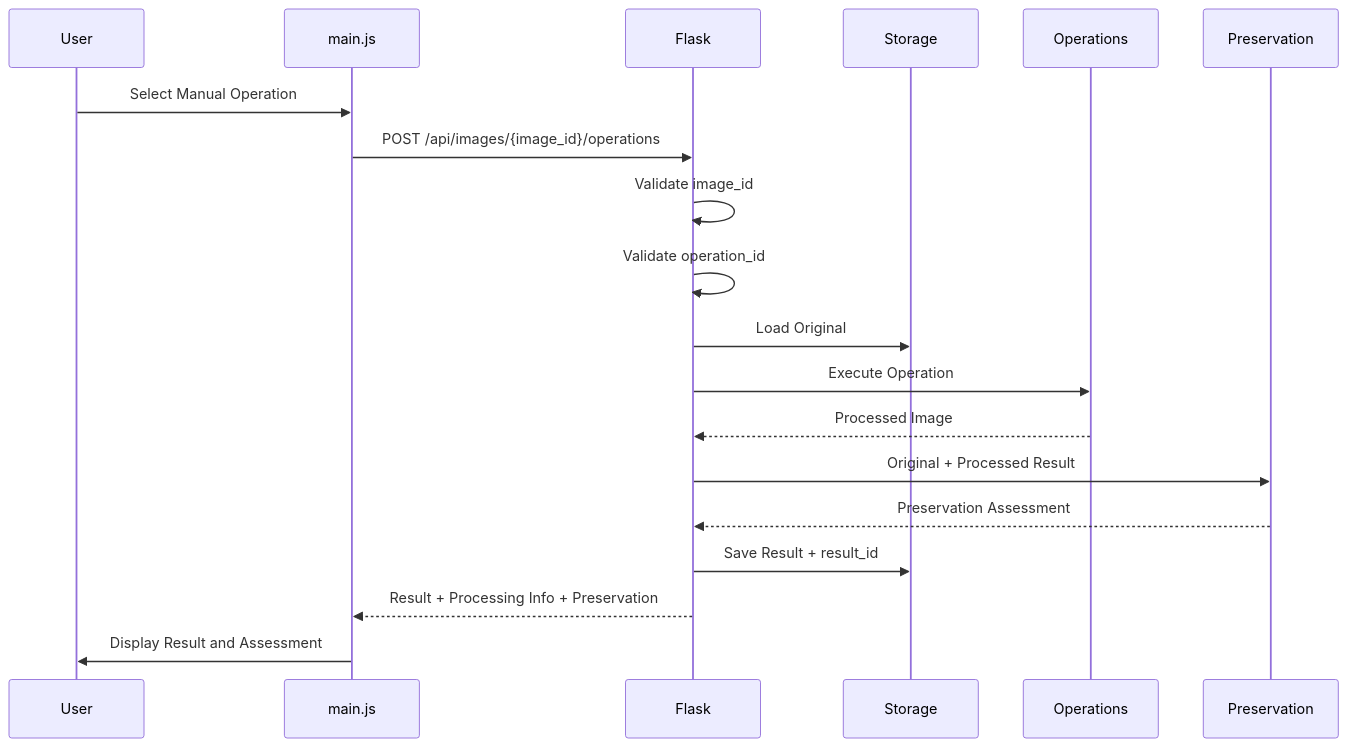
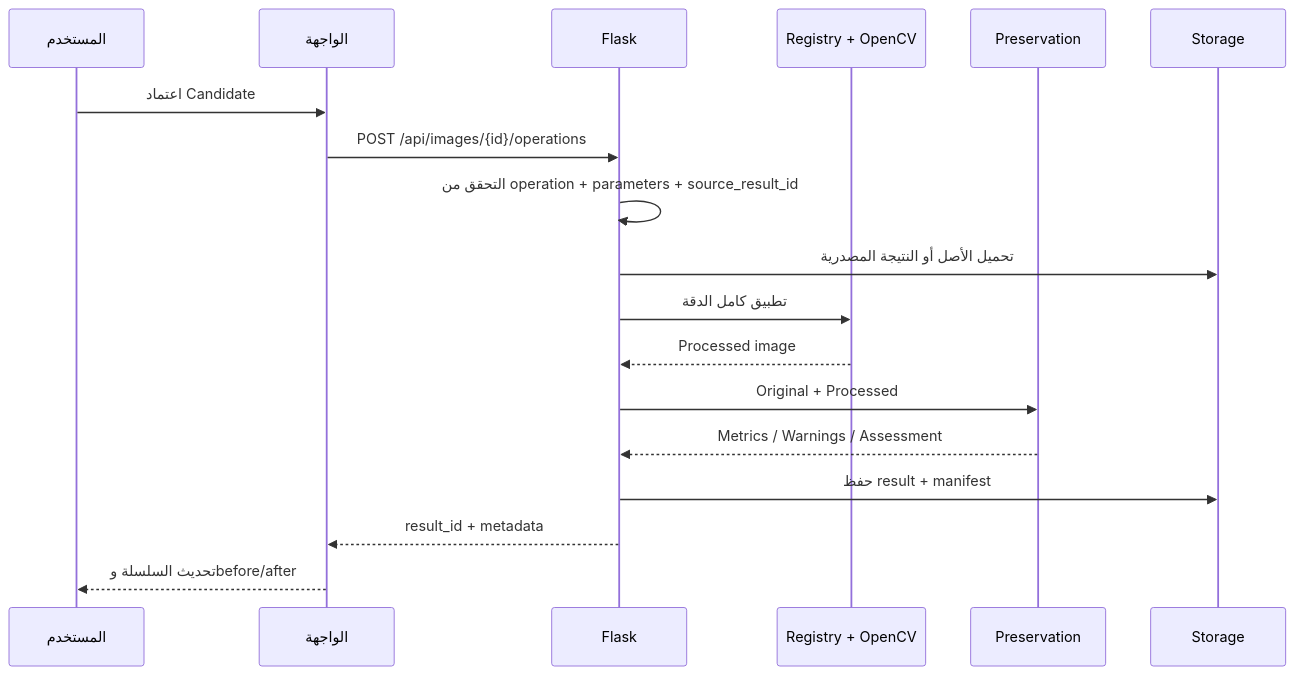
Before and after one commit to Alhareith/manuscript-doctor: the sixth of 11 diagrams in docs/workflow.md, drawn with Mermaid. The commit also changed other lines of this file and 168 other files, not shown here.

````diff
--- a/docs/workflow.md
+++ b/docs/workflow.md
@@ -296,22 +184,21 @@
-```mermaid id="wf-manual-sequence"
+```mermaid
 sequenceDiagram
-    participant U as User
-    participant JS as main.js
+    participant U as المستخدم
+    participant UI as الواجهة
     participant F as Flask
+    participant O as Registry + OpenCV
+    participant P as Preservation
     participant S as Storage
-    participant O as Operations
-    participant P as Preservation
 
-    U->>JS: Select Manual Operation
-    JS->>F: POST /api/images/{image_id}/operations
-    F->>F: Validate image_id
-    F->>F: Validate operation_id
-    F->>S: Load Original
-    F->>O: Execute Operation
-    O-->>F: Processed Image
-    F->>P: Original + Processed Result
-    P-->>F: Preservation Assessment
-    F->>S: Save Result + result_id
-    F-->>JS: Result + Processing Info + Preservation
-    JS->>U: Display Result and Assessment
+    U->>UI: اعتماد Candidate
+    UI->>F: POST /api/images/{id}/operations
+    F->>F: التحقق من operation + parameters + source_result_id
+    F->>S: تحميل الأصل أو النتيجة المصدرية
+    F->>O: تطبيق كامل الدقة
+    O-->>F: Processed image
+    F->>P: Original + Processed
+    P-->>F: Metrics / Warnings / Assessment
+    F->>S: حفظ result + manifest
+    F-->>UI: result_id + metadata
+    UI-->>U: تحديث السلسلة وbefore/after
 ```
````
